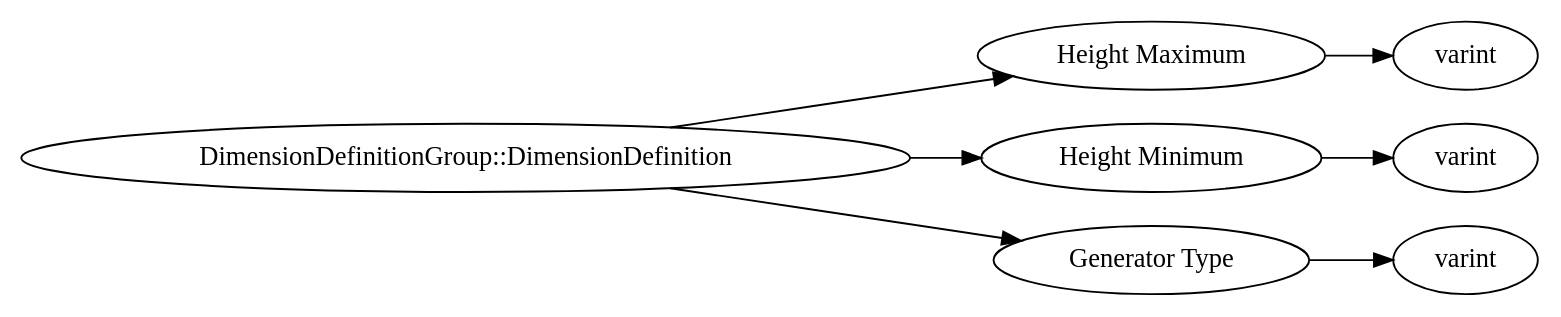
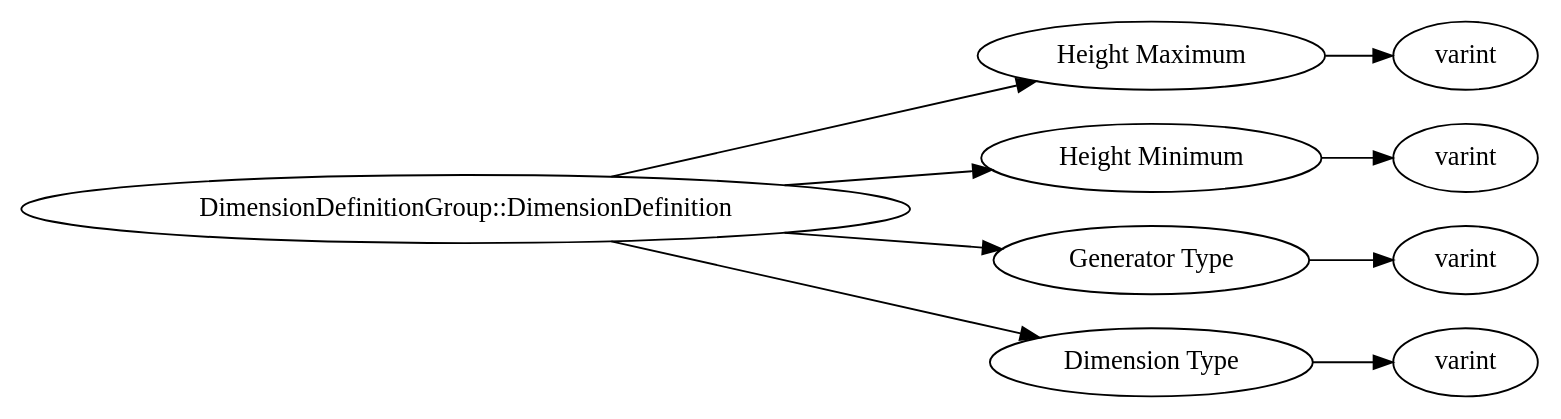
Before and after one commit to Mojang/bedrock-protocol-docs: the diagram in dot/DimensionDefinitionGroup__DimensionDefinition.dot, drawn with Graphviz. The commit also changed 806 other files, not shown here.

```diff
--- a/dot/DimensionDefinitionGroup__DimensionDefinition.dot
+++ b/dot/DimensionDefinitionGroup__DimensionDefinition.dot
@@ -1,20 +1,24 @@
 digraph "DimensionDefinitionGroup::DimensionDefinition" {
 rankdir = LR
 10
 10 -> 11
 11 -> 12
 10 -> 13
 13 -> 14
 10 -> 15
 15 -> 16
+10 -> 17
+17 -> 18
 
 10 [label="DimensionDefinitionGroup::DimensionDefinition",comment="name: \"DimensionDefinitionGroup::DimensionDefinition\", typeName: \"\", id: 10, branchId: 0, recurseId: -1, attributes: 0, notes: \"\""];
 11 [label="Height Maximum",comment="name: \"Height Maximum\", typeName: \"\", id: 11, branchId: 0, recurseId: -1, attributes: 0, notes: \"\""];
 12 [label="varint",comment="name: \"varint\", typeName: \"\", id: 12, branchId: 0, recurseId: -1, attributes: 512, notes: \"\""];
 13 [label="Height Minimum",comment="name: \"Height Minimum\", typeName: \"\", id: 13, branchId: 0, recurseId: -1, attributes: 0, notes: \"\""];
 14 [label="varint",comment="name: \"varint\", typeName: \"\", id: 14, branchId: 0, recurseId: -1, attributes: 512, notes: \"\""];
 15 [label="Generator Type",comment="name: \"Generator Type\", typeName: \"\", id: 15, branchId: 0, recurseId: -1, attributes: 0, notes: \"\""];
 16 [label="varint",comment="name: \"varint\", typeName: \"\", id: 16, branchId: 0, recurseId: -1, attributes: 512, notes: \"\""];
-{ rank = max;12;14;16}
+17 [label="Dimension Type",comment="name: \"Dimension Type\", typeName: \"\", id: 17, branchId: 0, recurseId: -1, attributes: 0, notes: \"\""];
+18 [label="varint",comment="name: \"varint\", typeName: \"\", id: 18, branchId: 0, recurseId: -1, attributes: 512, notes: \"\""];
+{ rank = max;12;14;16;18}
 
 }
```
